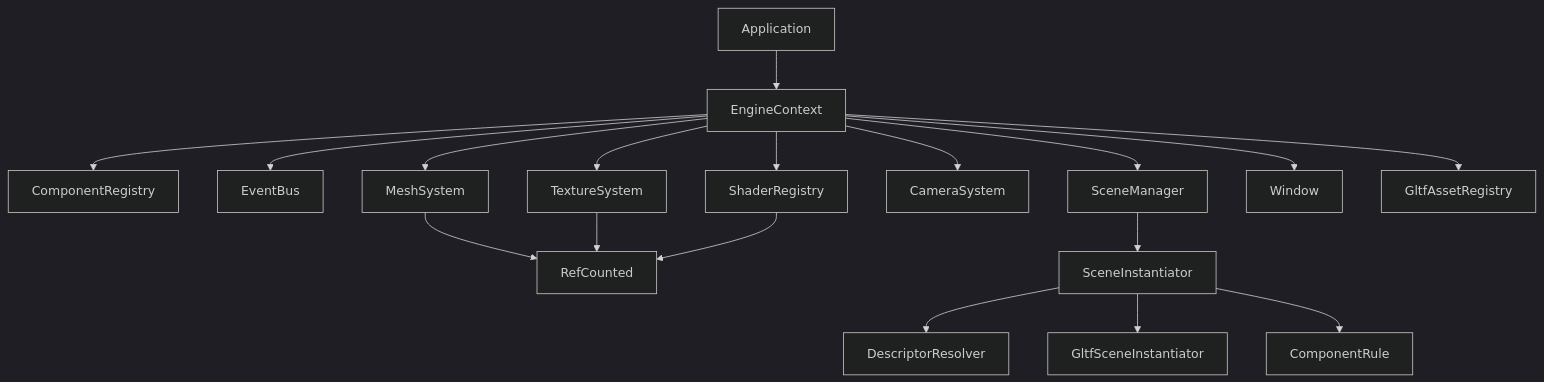
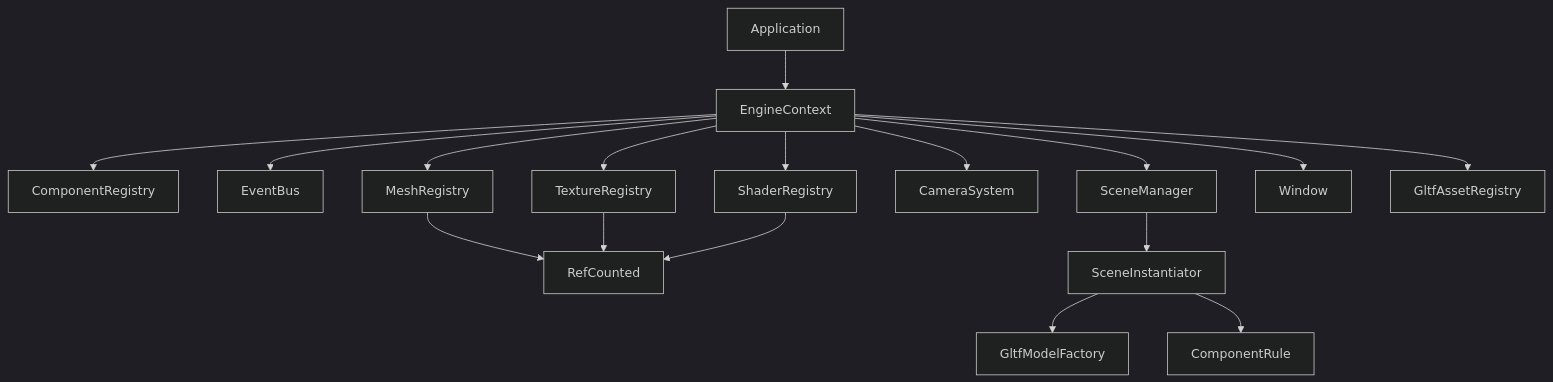
One commit to Chapslock/neon-racer changed the first of 9 diagrams in README.md. Above: the diagram before and after it, drawn with Mermaid (dark theme). The commit also changed other lines of this file, not shown here.

Commit message:
docs: update README with refactored architecture diagrams

````diff
--- a/README.md
+++ b/README.md
@@ -12,22 +12,21 @@
 ```mermaid
 graph TD
     App[Application] --> EC[EngineContext]
     EC --> CR[ComponentRegistry]
     EC --> EB[EventBus]
-    EC --> MS[MeshSystem]
-    EC --> TS[TextureSystem]
-    EC --> SS[ShaderRegistry]
+    EC --> MR[MeshRegistry]
+    EC --> TR[TextureRegistry]
+    EC --> SR[ShaderRegistry]
     EC --> CS[CameraSystem]
     EC --> SM[SceneManager]
     EC --> Win[Window]
     EC --> GAR[GltfAssetRegistry]
 
-    MS --> RC[RefCounted]
-    TS --> RC
-    SS --> RC
+    MR --> RC[RefCounted]
+    TR --> RC
+    SR --> RC
 
     SM --> SI[SceneInstantiator]
-    SI --> DR[DescriptorResolver]
-    SI --> GI[GltfSceneInstantiator]
+    SI --> GMF[GltfModelFactory]
     SI --> CV[ComponentRule]
 ```
````
